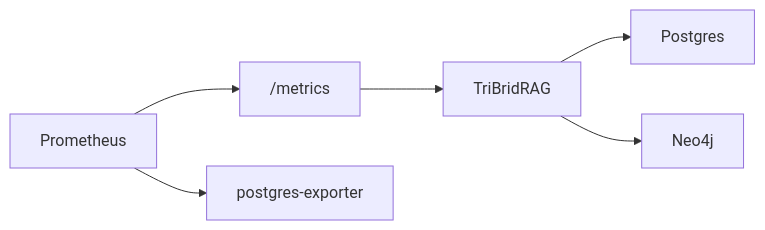
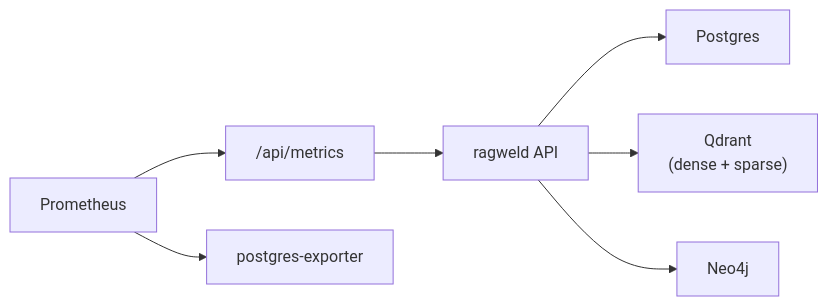
One commit to DMontgomery40/ragweld changed the diagram in mkdocs/docs/operations.md. Above: the diagram before and after it, drawn with Mermaid. The commit also changed other lines of this file and 12 other files, not shown here.

````diff
--- a/mkdocs/docs/operations.md
+++ b/mkdocs/docs/operations.md
@@ -48,8 +50,9 @@
 ```mermaid
 flowchart LR
-    Scrape["Prometheus"] --> API_METRICS["/metrics"]
-    API_METRICS --> APP["TriBridRAG"]
+    Scrape["Prometheus"] --> API_METRICS["/api/metrics"]
+    API_METRICS --> APP["ragweld API"]
     APP --> PG["Postgres"]
+    APP --> QD["Qdrant\n(dense + sparse)"]
     APP --> NEO["Neo4j"]
     Scrape --> PExp["postgres-exporter"]
 ```
````
